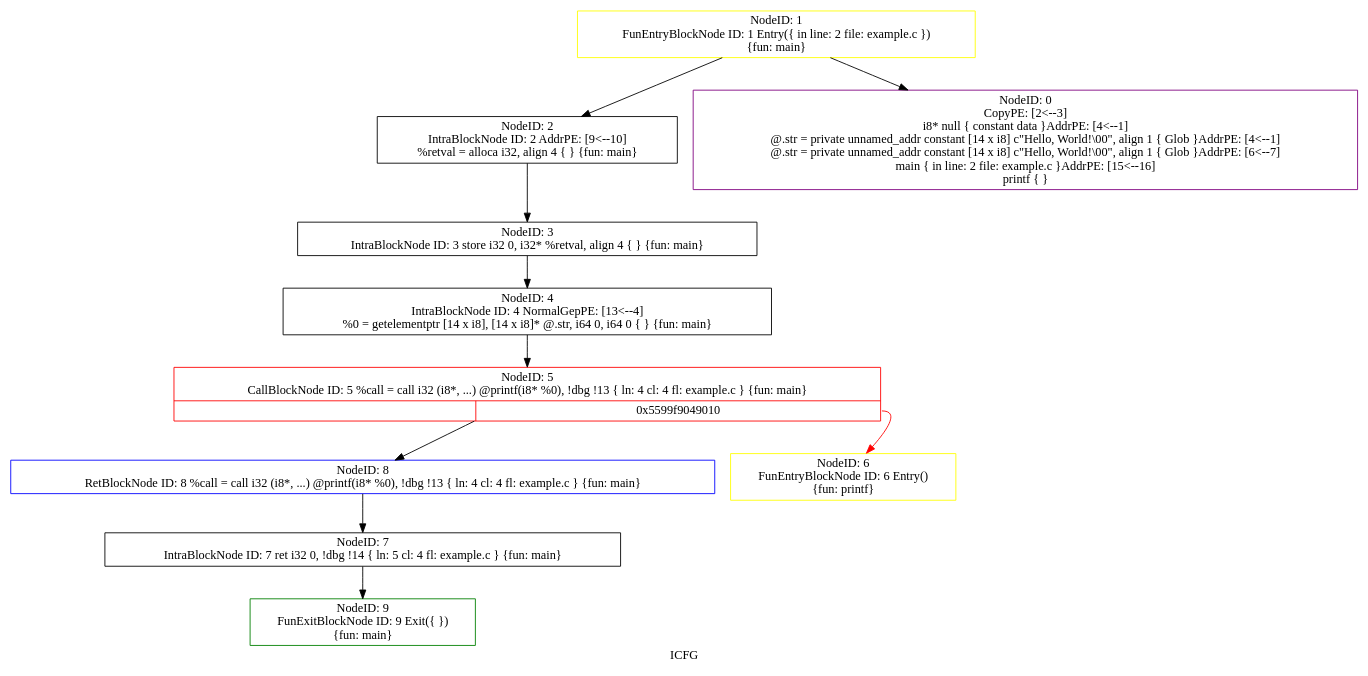
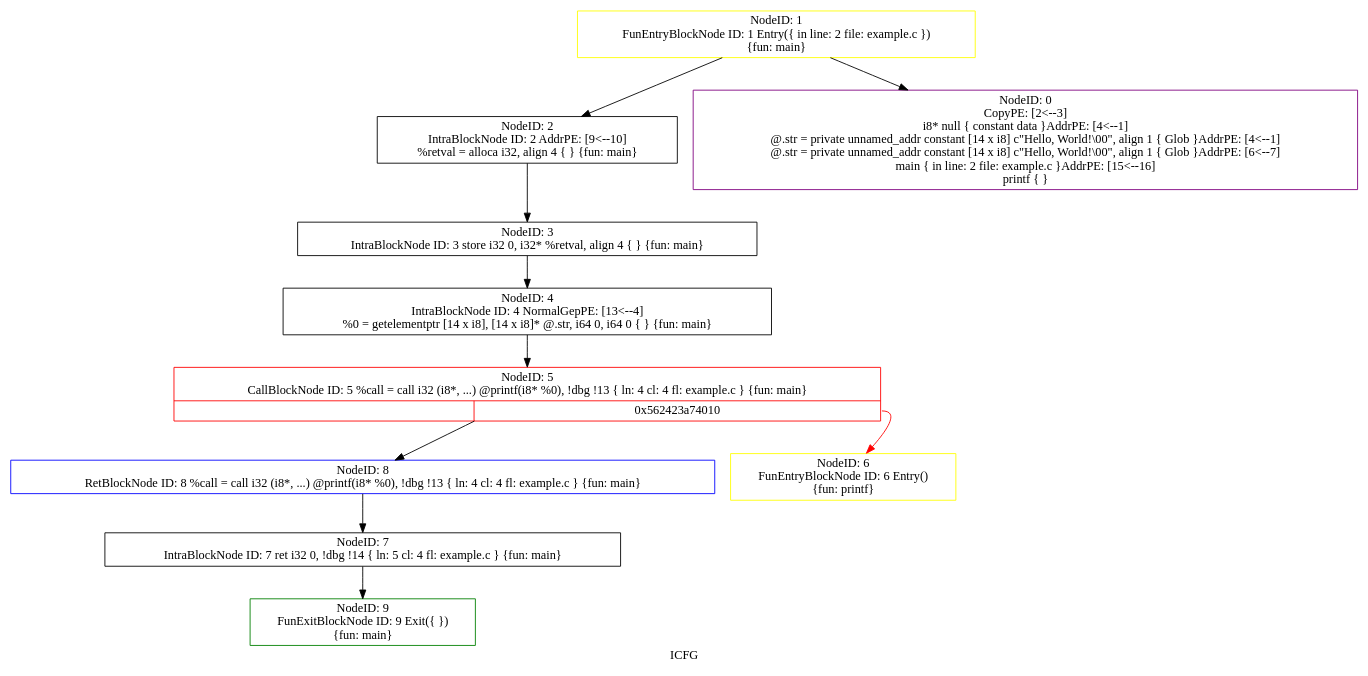
One commit to joshua-sy/CapstoneProject changed the diagram in icfg.dot. Above: the diagram before and after it, drawn with Graphviz. The commit also changed 11 other files, not shown here.

```diff
--- a/icfg.dot
+++ b/icfg.dot
@@ -1,23 +1,23 @@
 digraph "ICFG" {
 	label="ICFG";
 
-	Node0x5599f905b1f0 [shape=record,color=green,label="{NodeID: 9\nFunExitBlockNode ID: 9 Exit(\{  \})\n \{fun: main\}}"];
-	Node0x5599f905af80 [shape=record,color=blue,label="{NodeID: 8\nRetBlockNode ID: 8   %call = call i32 (i8*, ...) @printf(i8* %0), !dbg !13 \{ ln: 4  cl: 4  fl: example.c \} \{fun: main\}}"];
-	Node0x5599f905af80 -> Node0x5599f905aec0[style=solid];
-	Node0x5599f905aec0 [shape=record,color=black,label="{NodeID: 7\nIntraBlockNode ID: 7      ret i32 0, !dbg !14 \{ ln: 5  cl: 4  fl: example.c \}    \{fun: main\}}"];
-	Node0x5599f905aec0 -> Node0x5599f905b1f0[style=solid];
-	Node0x5599f905ad90 [shape=record,color=yellow,label="{NodeID: 6\nFunEntryBlockNode ID: 6 Entry()\n \{fun: printf\}}"];
-	Node0x5599f9049ac0 [shape=record,color=red,label="{NodeID: 5\nCallBlockNode ID: 5   %call = call i32 (i8*, ...) @printf(i8* %0), !dbg !13 \{ ln: 4  cl: 4  fl: example.c \} \{fun: main\}|{|<s1>0x5599f9049010}}"];
-	Node0x5599f9049ac0 -> Node0x5599f905af80[style=solid];
-	Node0x5599f9049ac0:s1 -> Node0x5599f905ad90[style=solid,color=red];
-	Node0x5599f905ac00 [shape=record,color=black,label="{NodeID: 4\nIntraBlockNode ID: 4   NormalGepPE: [13\<--4]  \n   %0 = getelementptr [14 x i8], [14 x i8]* @.str, i64 0, i64 0 \{  \} \{fun: main\}}"];
-	Node0x5599f905ac00 -> Node0x5599f9049ac0[style=solid];
-	Node0x5599f905aae0 [shape=record,color=black,label="{NodeID: 3\nIntraBlockNode ID: 3      store i32 0, i32* %retval, align 4 \{  \}    \{fun: main\}}"];
-	Node0x5599f905aae0 -> Node0x5599f905ac00[style=solid];
-	Node0x5599f905a870 [shape=record,color=black,label="{NodeID: 2\nIntraBlockNode ID: 2   AddrPE: [9\<--10]  \n   %retval = alloca i32, align 4 \{  \} \{fun: main\}}"];
-	Node0x5599f905a870 -> Node0x5599f905aae0[style=solid];
-	Node0x5599f905a710 [shape=record,color=yellow,label="{NodeID: 1\nFunEntryBlockNode ID: 1 Entry(\{ in line: 2 file: example.c \})\n \{fun: main\}}"];
-	Node0x5599f905a710 -> Node0x5599f9042f20[style=solid];
-	Node0x5599f905a710 -> Node0x5599f905a870[style=solid];
-	Node0x5599f9042f20 [shape=record,color=purple,label="{NodeID: 0\nCopyPE: [2\<--3]  \n i8* null \{ constant data \}AddrPE: [4\<--1]  \n @.str = private unnamed_addr constant [14 x i8] c\"Hello, World!\\00\", align 1 \{ Glob  \}AddrPE: [4\<--1]  \n @.str = private unnamed_addr constant [14 x i8] c\"Hello, World!\\00\", align 1 \{ Glob  \}AddrPE: [6\<--7]  \n main \{ in line: 2 file: example.c \}AddrPE: [15\<--16]  \n printf \{  \}}"];
+	Node0x562423a861f0 [shape=record,color=green,label="{NodeID: 9\nFunExitBlockNode ID: 9 Exit(\{  \})\n \{fun: main\}}"];
+	Node0x562423a85f80 [shape=record,color=blue,label="{NodeID: 8\nRetBlockNode ID: 8   %call = call i32 (i8*, ...) @printf(i8* %0), !dbg !13 \{ ln: 4  cl: 4  fl: example.c \} \{fun: main\}}"];
+	Node0x562423a85f80 -> Node0x562423a85ec0[style=solid];
+	Node0x562423a85ec0 [shape=record,color=black,label="{NodeID: 7\nIntraBlockNode ID: 7      ret i32 0, !dbg !14 \{ ln: 5  cl: 4  fl: example.c \}    \{fun: main\}}"];
+	Node0x562423a85ec0 -> Node0x562423a861f0[style=solid];
+	Node0x562423a85d90 [shape=record,color=yellow,label="{NodeID: 6\nFunEntryBlockNode ID: 6 Entry()\n \{fun: printf\}}"];
+	Node0x562423a74ac0 [shape=record,color=red,label="{NodeID: 5\nCallBlockNode ID: 5   %call = call i32 (i8*, ...) @printf(i8* %0), !dbg !13 \{ ln: 4  cl: 4  fl: example.c \} \{fun: main\}|{|<s1>0x562423a74010}}"];
+	Node0x562423a74ac0 -> Node0x562423a85f80[style=solid];
+	Node0x562423a74ac0:s1 -> Node0x562423a85d90[style=solid,color=red];
+	Node0x562423a85c00 [shape=record,color=black,label="{NodeID: 4\nIntraBlockNode ID: 4   NormalGepPE: [13\<--4]  \n   %0 = getelementptr [14 x i8], [14 x i8]* @.str, i64 0, i64 0 \{  \} \{fun: main\}}"];
+	Node0x562423a85c00 -> Node0x562423a74ac0[style=solid];
+	Node0x562423a85ae0 [shape=record,color=black,label="{NodeID: 3\nIntraBlockNode ID: 3      store i32 0, i32* %retval, align 4 \{  \}    \{fun: main\}}"];
+	Node0x562423a85ae0 -> Node0x562423a85c00[style=solid];
+	Node0x562423a85870 [shape=record,color=black,label="{NodeID: 2\nIntraBlockNode ID: 2   AddrPE: [9\<--10]  \n   %retval = alloca i32, align 4 \{  \} \{fun: main\}}"];
+	Node0x562423a85870 -> Node0x562423a85ae0[style=solid];
+	Node0x562423a85710 [shape=record,color=yellow,label="{NodeID: 1\nFunEntryBlockNode ID: 1 Entry(\{ in line: 2 file: example.c \})\n \{fun: main\}}"];
+	Node0x562423a85710 -> Node0x562423a6df20[style=solid];
+	Node0x562423a85710 -> Node0x562423a85870[style=solid];
+	Node0x562423a6df20 [shape=record,color=purple,label="{NodeID: 0\nCopyPE: [2\<--3]  \n i8* null \{ constant data \}AddrPE: [4\<--1]  \n @.str = private unnamed_addr constant [14 x i8] c\"Hello, World!\\00\", align 1 \{ Glob  \}AddrPE: [4\<--1]  \n @.str = private unnamed_addr constant [14 x i8] c\"Hello, World!\\00\", align 1 \{ Glob  \}AddrPE: [6\<--7]  \n main \{ in line: 2 file: example.c \}AddrPE: [15\<--16]  \n printf \{  \}}"];
 }
```
